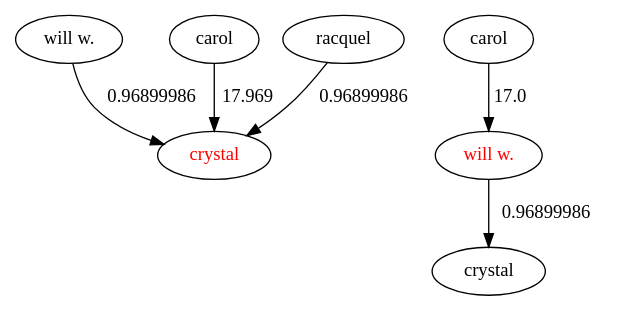
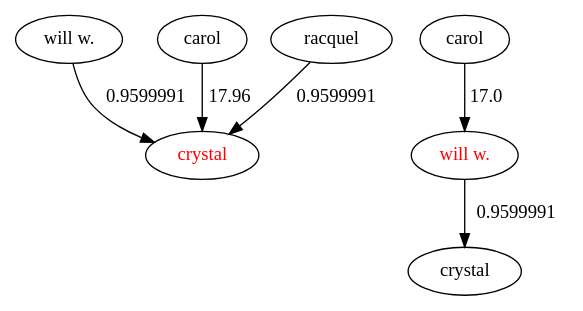
Before and after one commit to willywwang/CPSC-410-Project-1: the diagram in output.dot, drawn with Graphviz. The commit also changed 3 other files, not shown here.

```diff
--- a/output.dot
+++ b/output.dot
@@ -1,19 +1,19 @@
 digraph G{
 1 [label = "will w."];
 0 [label = "crystal"];
-1->0 [label = "0.96899986"];
+1->0 [label = "0.9599991"];
 3 [label = "carol"];
 0 [label = "crystal"];
-3->0 [label = "17.969"];
+3->0 [label = "17.96"];
 5 [label = "racquel"];
 0 [label = "crystal"];
-5->0 [label = "0.96899986"];
+5->0 [label = "0.9599991"];
 0 [fontcolor = "red"];
 7 [label = "carol"];
 6 [label = "will w."];
 7->6 [label = "17.0"];
 6 [label = "will w."];
 9 [label = "crystal"];
-6->9 [label = "0.96899986"];
+6->9 [label = "0.9599991"];
 6 [fontcolor = "red"];
 }
```
